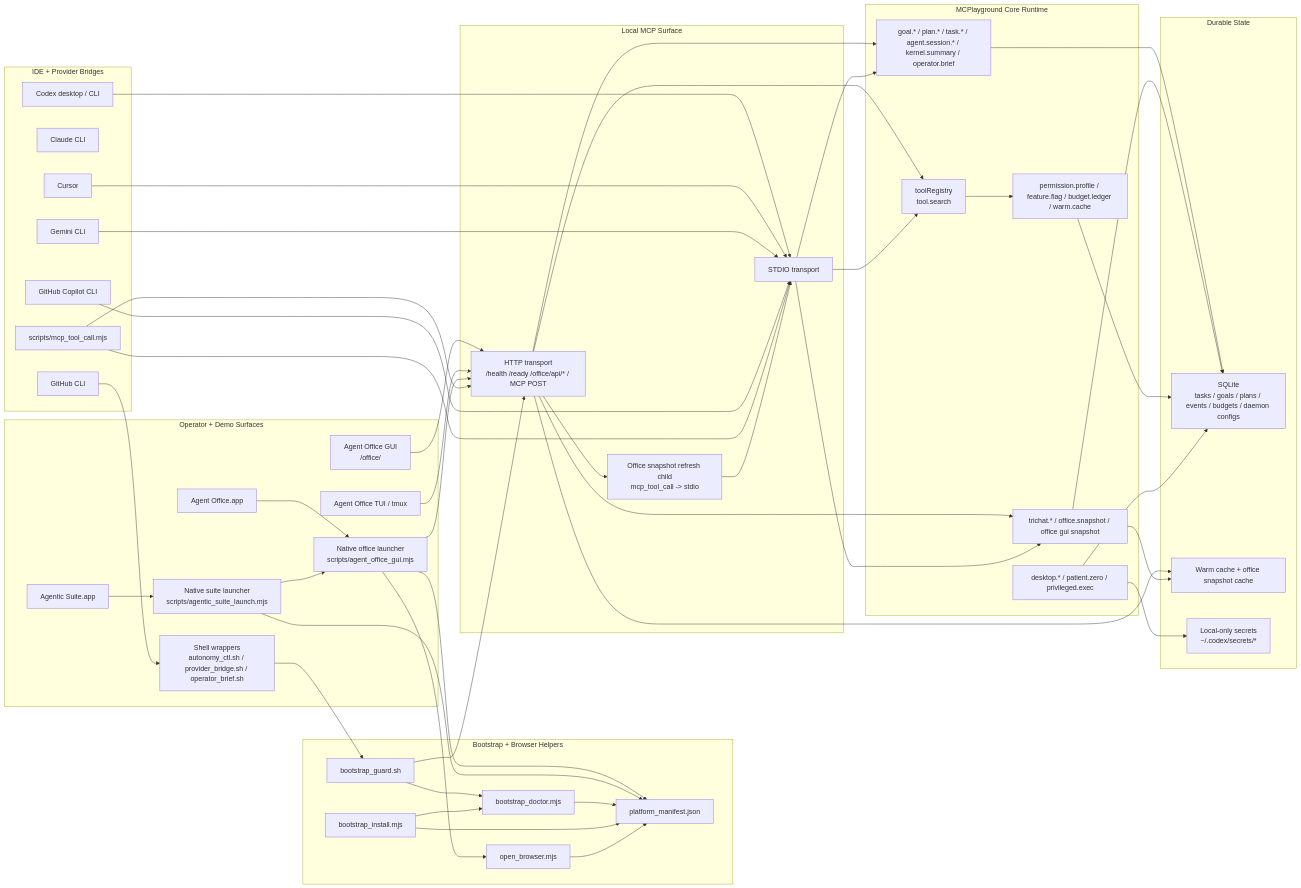
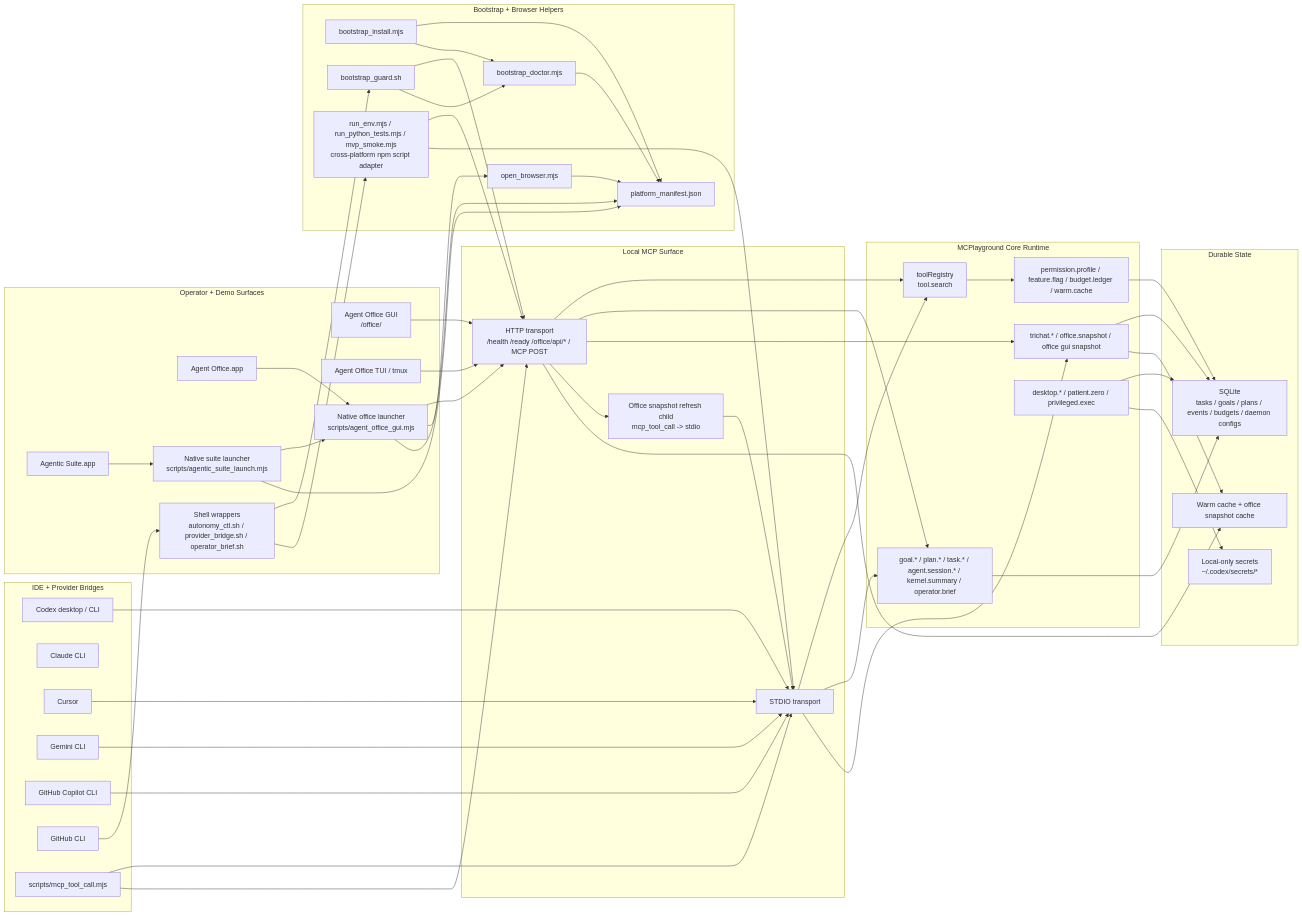
One commit to driverd12/MCPlayground---Core-Template changed the first of 6 diagrams in docs/SYSTEM_INTERCONNECTS.md. Above: the diagram before and after it, drawn with Mermaid. The commit also changed 13 other files, not shown here.

```diff
--- a/docs/SYSTEM_INTERCONNECTS.md
+++ b/docs/SYSTEM_INTERCONNECTS.md
@@ -22,6 +22,7 @@
     Doctor["bootstrap_doctor.mjs"]
     Installer["bootstrap_install.mjs"]
     Guard["bootstrap_guard.sh"]
+    NpmEnv["run_env.mjs / run_python_tests.mjs / mvp_smoke.mjs<br/>cross-platform npm script adapter"]
     BrowserOpen["open_browser.mjs"]
     Manifest["platform_manifest.json"]
   end
@@ -66,11 +67,14 @@
   SuiteLauncher --> Launcher
   SuiteLauncher --> Manifest
   CLI --> Guard
+  CLI --> NpmEnv
   Guard --> HTTP
   Doctor --> Manifest
   Guard --> Doctor
   Installer --> Manifest
   Installer --> Doctor
+  NpmEnv --> HTTP
+  NpmEnv --> STDIO
   BrowserOpen --> Manifest
 
   Codex --> STDIO
```
